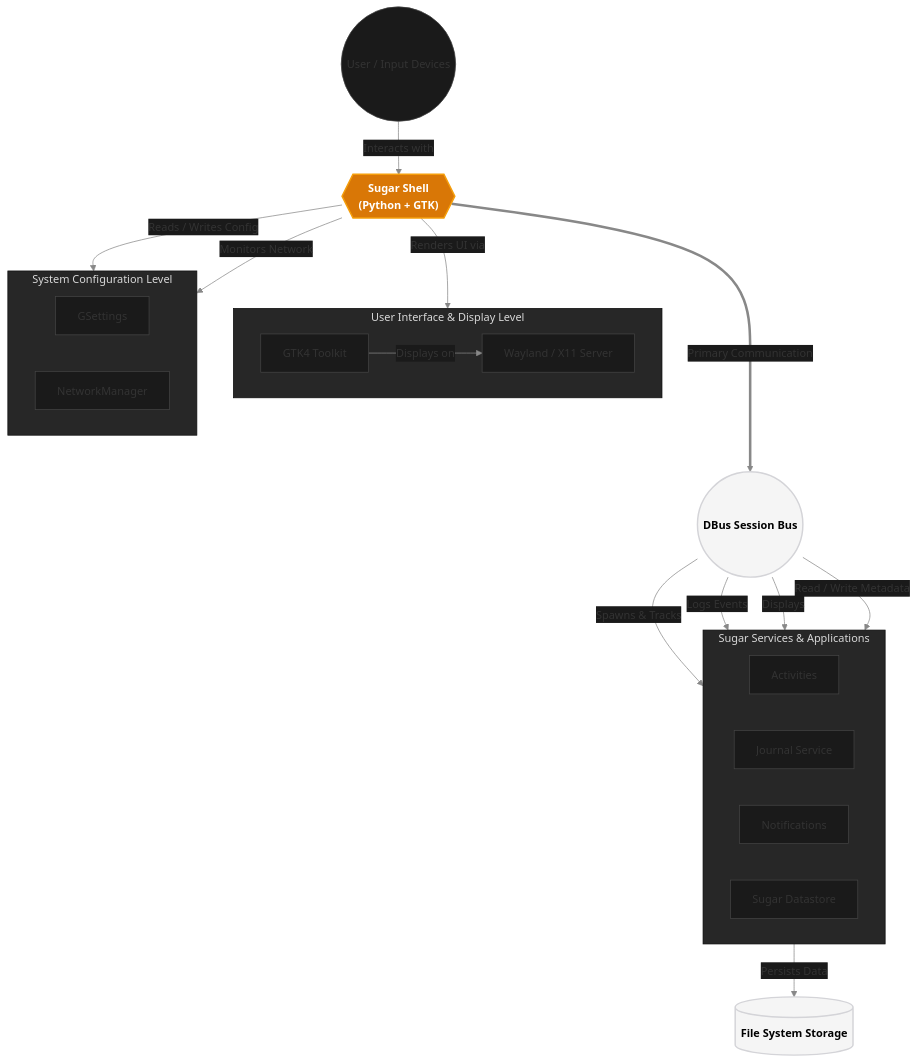
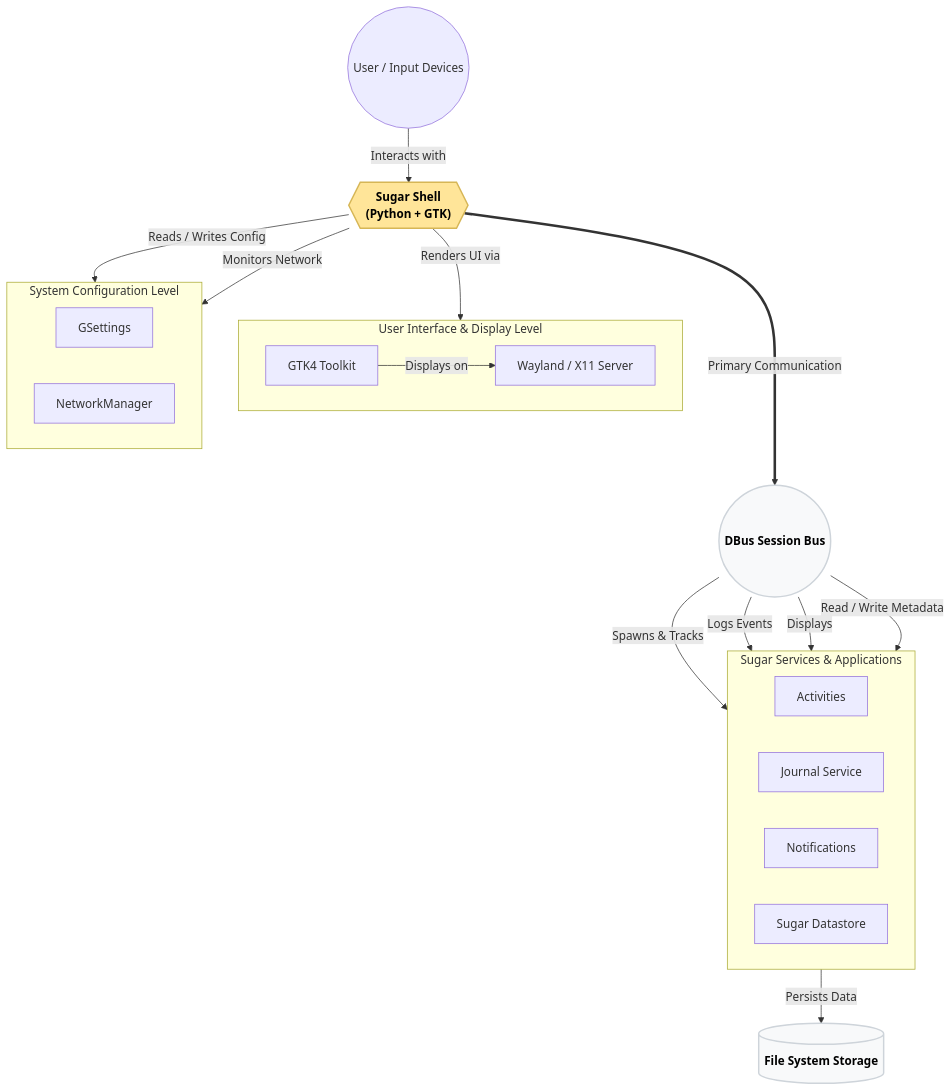
The first of 9 diagrams in proposal.md (Dev10-sys/sugar-proposal-gtk), drawn with Mermaid before and after one commit. The commit also changed other lines of this file, not shown here.

Commit message:
Convert diagrams to crisp light theme based on reference photos

````diff
--- a/proposal.md
+++ b/proposal.md
@@ -158,47 +158,46 @@
 ```mermaid
-%%{init: {'theme': 'base', 'themeVariables': {'background': '#0a0a0a', 'primaryColor': '#1a1a1a', 'primaryBorderColor': '#444444', 'lineColor': '#888888', 'textColor': '#ffffff', 'fontSize': '15px'}}}%%
 flowchart TD
     User(("User / Input Devices"))
 
     subgraph UI_Layer ["User Interface & Display Level"]
         direction LR
         GTK["GTK4 Toolkit"]
         Display["Wayland / X11 Server"]
     end
 
     Shell{{"Sugar Shell\n(Python + GTK)"}}
 
     subgraph Config_Layer ["System Configuration Level"]
         direction LR
         GSettings["GSettings"]
         NetworkManager["NetworkManager"]
     end
 
     DBus(("DBus Session Bus"))
 
     subgraph Services_Layer ["Sugar Services & Applications"]
         direction LR
         Activities["Activities"]
         Journal["Journal Service"]
         Notifications["Notifications"]
         Datastore["Sugar Datastore"]
     end
 
     Storage[("File System Storage")]
 
     User -->|Interacts with| Shell
     Shell -->|Renders UI via| GTK
     GTK -->|Displays on| Display
     Shell -->|Reads / Writes Config| GSettings
     Shell -->|Monitors Network| NetworkManager
     Shell ===>|Primary Communication| DBus
     DBus -->|Spawns & Tracks| Activities
     DBus -->|Logs Events| Journal
     DBus -->|Displays| Notifications
     DBus -->|Read / Write Metadata| Datastore
     Datastore -->|Persists Data| Storage
 
-    style Shell fill:#d97706,stroke:#f59e0b,stroke-width:2px,color:#ffffff,font-weight:bold
-    style DBus fill:#f5f5f5,stroke:#d4d4d8,stroke-width:2px,color:#000000,font-weight:bold
-    style Storage fill:#f5f5f5,stroke:#d4d4d8,stroke-width:2px,color:#000000,font-weight:bold
+    style Shell fill:#ffe599,stroke:#d6b656,stroke-width:2px,color:#000000,font-weight:bold
+    style DBus fill:#f8f9fa,stroke:#ced4da,stroke-width:2px,color:#000000,font-weight:bold
+    style Storage fill:#f8f9fa,stroke:#ced4da,stroke-width:2px,color:#000000,font-weight:bold
 ```
````
